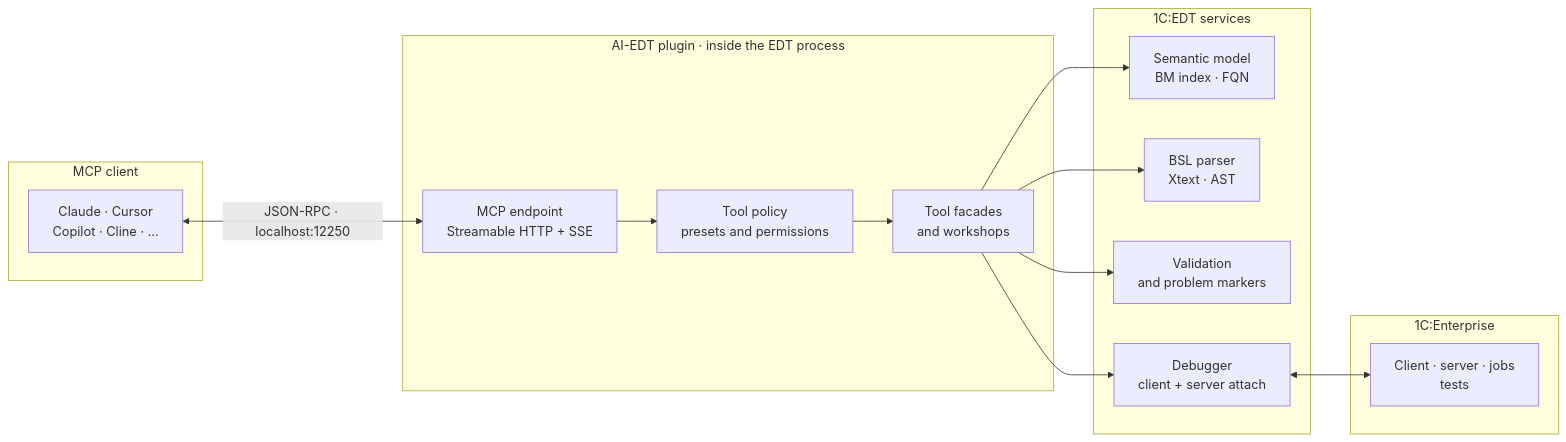
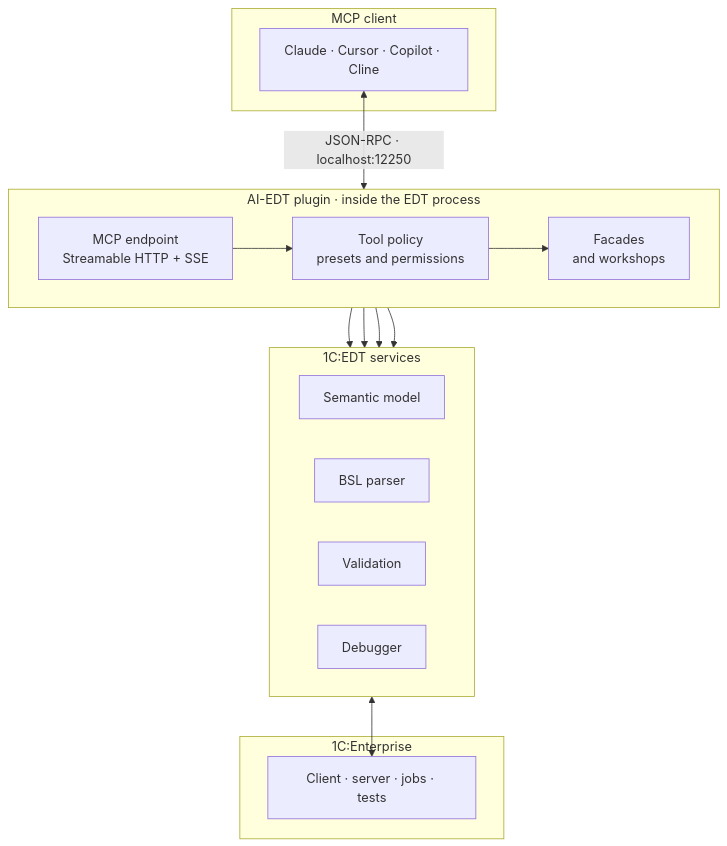
The second of 2 diagrams in README.en.md (Desko77/ai-edt), drawn with Mermaid before and after one commit. The commit also changed other lines of this file and 1 other file, not shown here.

Commit message:
Lay the diagrams out so GitHub can render them
Both flowcharts ran left to right and came out 2000 pixels wide. GitHub
gives a README about 830, so it scaled them down by a third, the labels
turned into specks and its own zoom controls covered the right-hand
nodes.

Measured with mermaid-cli and rebuilt vertically: 2349x286 becomes
586x1032 and 2027x548 becomes 886x958, both inside the column at natural
size. Two steps of the agent loop merged into one and the service boxes
lost a second line of detail that the prose underneath already carries.

````diff
--- a/README.en.md
+++ b/README.en.md
@@ -73,31 +72,26 @@
 ```mermaid
-flowchart LR
+flowchart TD
     subgraph Client["MCP client"]
-        AI["Claude · Cursor<br/>Copilot · Cline · ..."]
+        AI["Claude · Cursor · Copilot · Cline"]
     end
-
     subgraph Plugin["AI-EDT plugin · inside the EDT process"]
-        HTTP["MCP endpoint<br/>Streamable HTTP + SSE"]
-        TOOLS["Tool facades<br/>and workshops"]
-        GATE["Tool policy<br/>presets and permissions"]
-        HTTP --> GATE --> TOOLS
+        direction LR
+        HTTP["MCP endpoint<br/>Streamable HTTP + SSE"] --> GATE["Tool policy<br/>presets and permissions"] --> TOOLS["Facades<br/>and workshops"]
     end
-
     subgraph EDT["1C:EDT services"]
-        BM["Semantic model<br/>BM index · FQN"]
-        AST["BSL parser<br/>Xtext · AST"]
-        CHECKS["Validation<br/>and problem markers"]
-        DEBUG["Debugger<br/>client + server attach"]
+        direction LR
+        BM["Semantic model"]
+        AST["BSL parser"]
+        CHECKS["Validation"]
+        DEBUG["Debugger"]
     end
-
     subgraph Runtime["1C:Enterprise"]
-        APP["Client · server · jobs<br/>tests"]
+        APP["Client · server · jobs · tests"]
     end
-
     AI <-->|"JSON-RPC · localhost:12250"| HTTP
     TOOLS --> BM
     TOOLS --> AST
     TOOLS --> CHECKS
     TOOLS --> DEBUG
     DEBUG <--> APP
 ```
````
